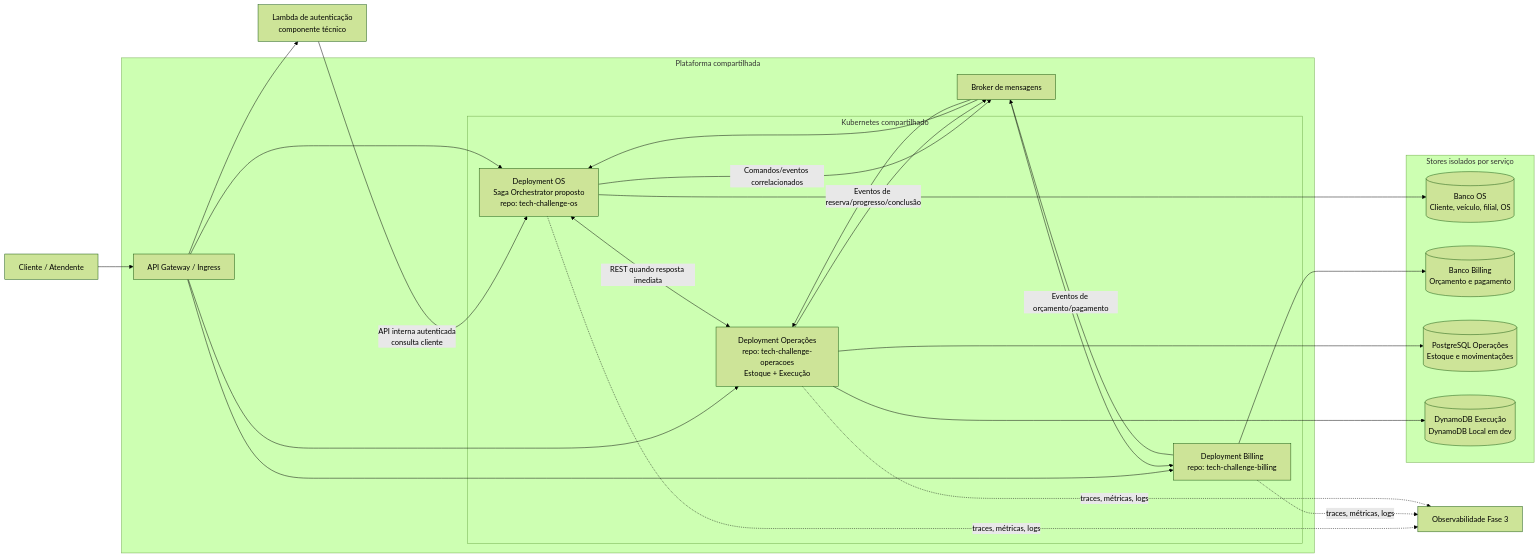
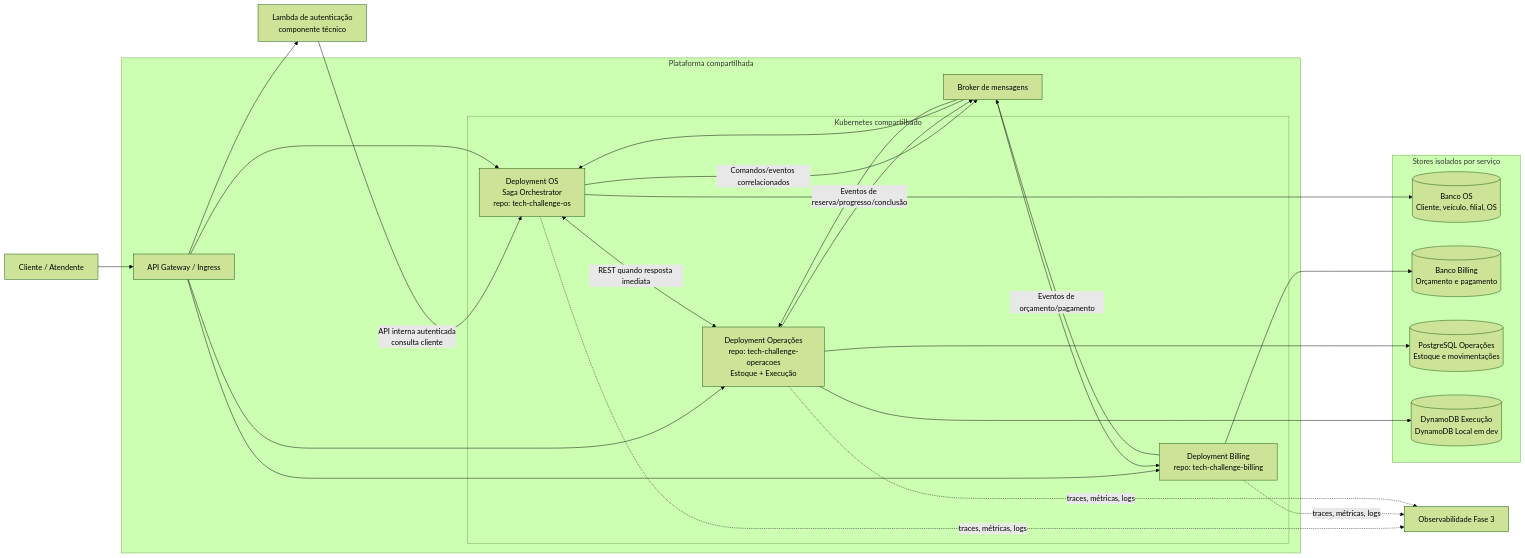
One commit to LucazDenadai/tech-challenge-docs changed the diagram in diagramas/diagrama-componentes-fase4.md. Above: the diagram before and after it, drawn with Mermaid (forest theme). The commit also changed other lines of this file and 13 other files, not shown here.

````diff
--- a/diagramas/diagrama-componentes-fase4.md
+++ b/diagramas/diagrama-componentes-fase4.md
@@ -5,47 +5,47 @@
 ```mermaid
 flowchart LR
     Client[Cliente / Atendente]
 
     subgraph Platform[Plataforma compartilhada]
         APIGW[API Gateway / Ingress]
         Broker[Broker de mensagens]
         subgraph Cluster[Kubernetes compartilhado]
-            OS[Deployment OS\nSaga Orchestrator proposto\nrepo: tech-challenge-os]
+            OS[Deployment OS\nSaga Orchestrator\nrepo: tech-challenge-os]
             Billing[Deployment Billing\nrepo: tech-challenge-billing]
             Ops[Deployment Operações\nrepo: tech-challenge-operacoes\nEstoque + Execução]
         end
     end
 
     Lambda[Lambda de autenticação\ncomponente técnico]
 
     subgraph Stores[Stores isolados por serviço]
         OSDB[(Banco OS\nCliente, veículo, filial, OS)]
         BillingDB[(Banco Billing\nOrçamento e pagamento)]
         OpsSQL[(PostgreSQL Operações\nEstoque e movimentações)]
         OpsNoSQL[(DynamoDB Execução\nDynamoDB Local em dev)]
     end
 
     Observability[Observabilidade Fase 3]
 
     Client --> APIGW
     APIGW --> Lambda
     Lambda -->|API interna autenticada\nconsulta cliente| OS
     APIGW --> OS
     APIGW --> Billing
     APIGW --> Ops
     OS <-->|REST quando resposta imediata| Ops
     OS -->|Comandos/eventos correlacionados| Broker
     Billing -->|Eventos de orçamento/pagamento| Broker
     Ops -->|Eventos de reserva/progresso/conclusão| Broker
     Broker --> OS
     Broker --> Billing
     Broker --> Ops
     OS --> OSDB
     Billing --> BillingDB
     Ops --> OpsSQL
     Ops --> OpsNoSQL
 
     OS -.->|traces, métricas, logs| Observability
     Billing -.->|traces, métricas, logs| Observability
     Ops -.->|traces, métricas, logs| Observability
 ```
````
